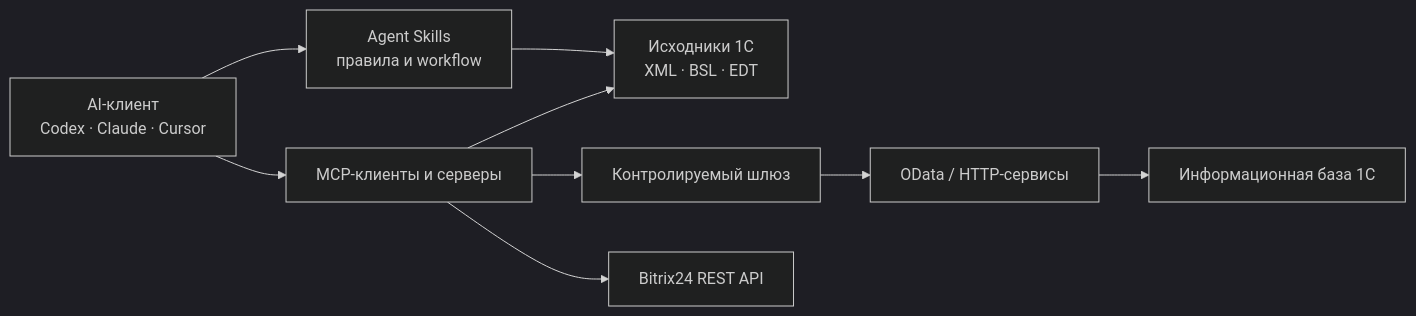
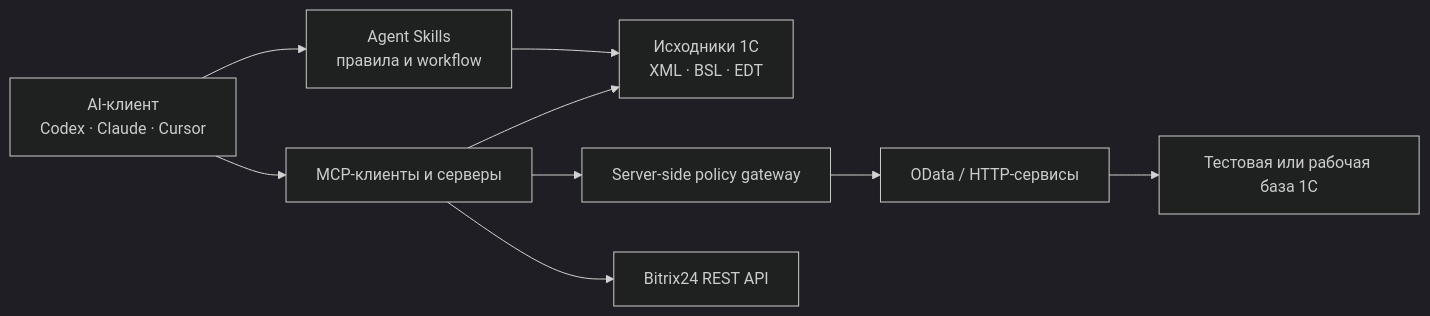
The diagram in README.md (Aleksandr-Litvinenko/1c-ai-guide), drawn with Mermaid (dark theme) before and after one commit. The commit also changed other lines of this file and 15 other files, not shown here.

````diff
--- a/README.md
+++ b/README.md
@@ -34,11 +59,11 @@
 ```mermaid
 flowchart LR
     A["AI-клиент<br/>Codex · Claude · Cursor"] --> S["Agent Skills<br/>правила и workflow"]
     A --> M["MCP-клиенты и серверы"]
     S --> C["Исходники 1С<br/>XML · BSL · EDT"]
     M --> C
-    M --> G["Контролируемый шлюз"]
+    M --> G["Server-side policy gateway"]
     G --> O["OData / HTTP-сервисы"]
-    O --> D["Информационная база 1С"]
+    O --> D["Тестовая или рабочая база 1С"]
     M --> B["Bitrix24 REST API"]
 ```
````
